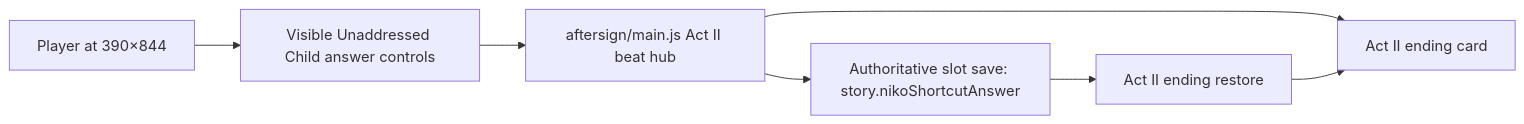
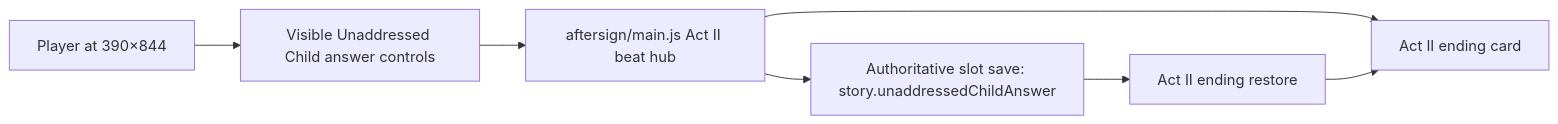
Before and after one commit to phynars/oodim-game: the first of 2 diagrams in docs/design/3033-unaddressed-child-answer.md, drawn with Mermaid. The commit also changed other lines of this file and 1 other file, not shown here.

````diff
--- a/docs/design/3033-unaddressed-child-answer.md
+++ b/docs/design/3033-unaddressed-child-answer.md
@@ -9,9 +19,9 @@
 ```mermaid
 flowchart LR
   P[Player at 390×844] --> UI[Visible Unaddressed Child answer controls]
   UI --> G[aftersign/main.js Act II beat hub]
-  G --> S[Authoritative slot save: story.nikoShortcutAnswer]
+  G --> S[Authoritative slot save: story.unaddressedChildAnswer]
   S --> R[Act II ending restore]
   G --> E[Act II ending card]
   R --> E
 ```
````
